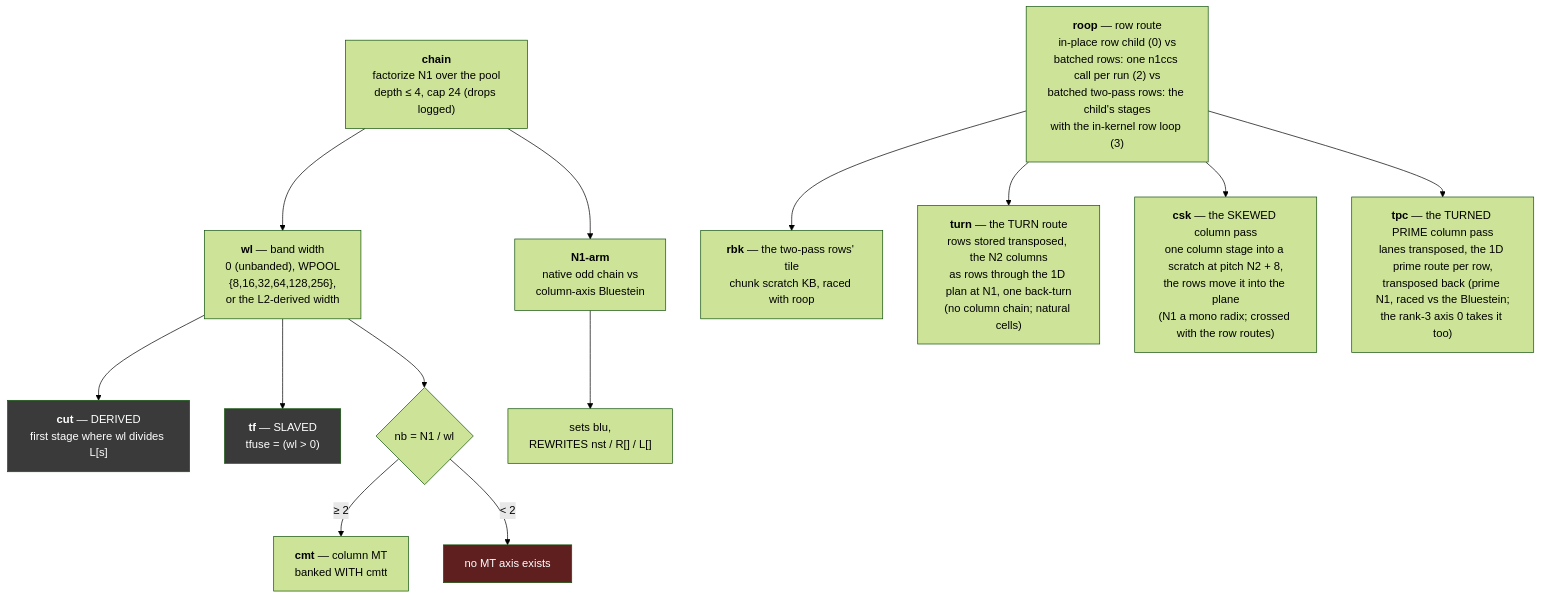
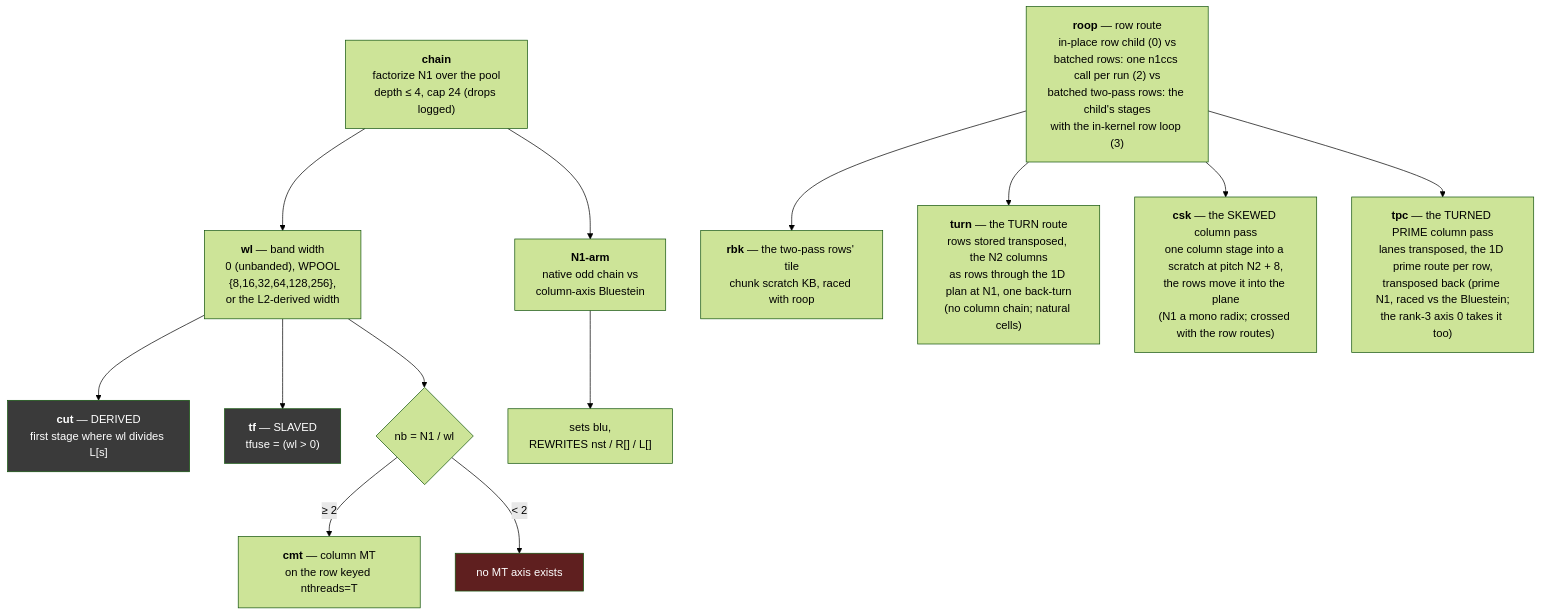
Before and after one commit to Tugbars/VectorFFT: the eighth of 14 diagrams in docs/design/planning_model.md, drawn with Mermaid (forest theme). The commit also changed other lines of this file and 22 other files, not shown here.

````diff
--- a/docs/design/planning_model.md
+++ b/docs/design/planning_model.md
@@ -649,20 +649,20 @@
 ```mermaid
 flowchart TD
     CH["<b>chain</b><br/>factorize N1 over the pool<br/>depth &le; 4, cap 24 (drops logged)"] --> WL["<b>wl</b> — band width<br/>0 (unbanded), WPOOL<br/>{8,16,32,64,128,256},<br/>or the L2-derived width"]
     WL --> CUT["<b>cut</b> — DERIVED<br/>first stage where wl divides L[s]"]
     WL --> TF["<b>tf</b> — SLAVED<br/>tfuse = (wl &gt; 0)"]
     WL --> NB{"nb = N1 / wl"}
-    NB -->|"&ge; 2"| CMT["<b>cmt</b> — column MT<br/>banked WITH cmtt"]
+    NB -->|"&ge; 2"| CMT["<b>cmt</b> — column MT<br/>on the row keyed nthreads=T"]
     NB -->|"&lt; 2"| NOMT["no MT axis exists"]
     CH --> N1A["<b>N1-arm</b><br/>native odd chain vs<br/>column-axis Bluestein"]
     N1A --> BLU["sets blu,<br/>REWRITES nst / R[] / L[]"]
     ROOP["<b>roop</b> — row route<br/>in-place row child (0) vs<br/>batched rows: one n1ccs call per run (2) vs<br/>batched two-pass rows: the child's stages<br/>with the in-kernel row loop (3)"]
     ROOP --> RBK["<b>rbk</b> — the two-pass rows' tile<br/>chunk scratch KB, raced with roop"]
     ROOP --> TURN["<b>turn</b> — the TURN route<br/>rows stored transposed, the N2 columns<br/>as rows through the 1D plan at N1, one back-turn<br/>(no column chain; natural cells)"]
     ROOP --> CSK["<b>csk</b> — the SKEWED column pass<br/>one column stage into a scratch at pitch N2 + 8,<br/>the rows move it into the plane<br/>(N1 a mono radix; crossed with the row routes)"]
     ROOP --> TPC["<b>tpc</b> — the TURNED PRIME column pass<br/>lanes transposed, the 1D prime route per row,<br/>transposed back (prime N1, raced vs the Bluestein;<br/>the rank-3 axis 0 takes it too)"]
 
     style NOMT fill:#5f1f1f,color:#fff
     style CUT fill:#3a3a3a,color:#fff
     style TF fill:#3a3a3a,color:#fff
 ```
````
